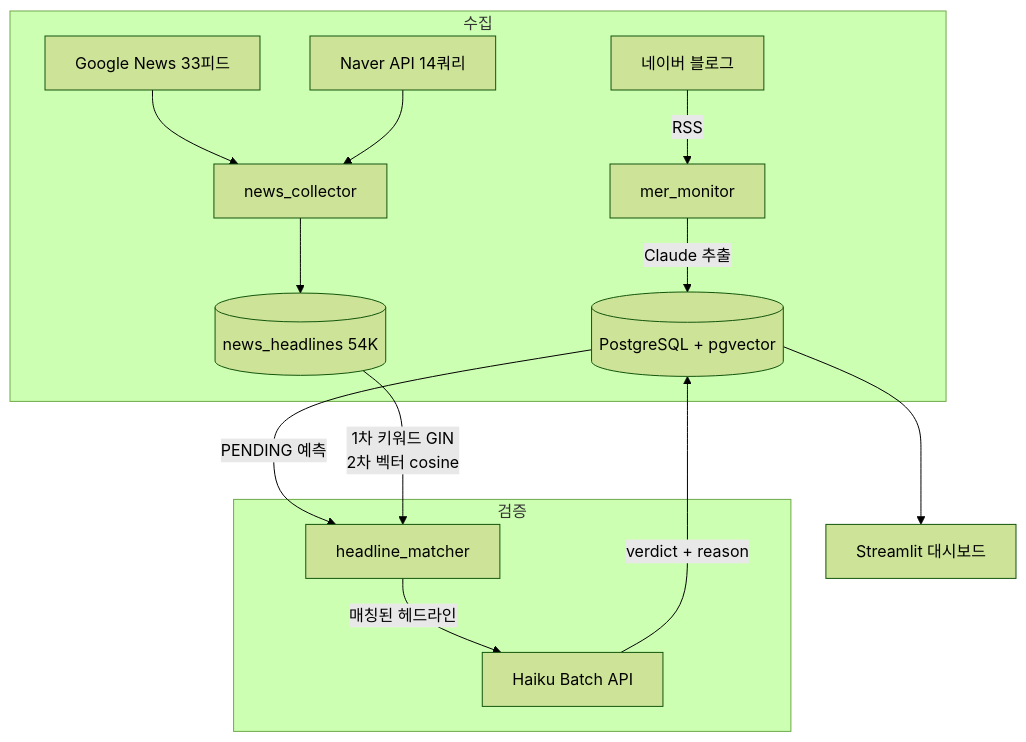
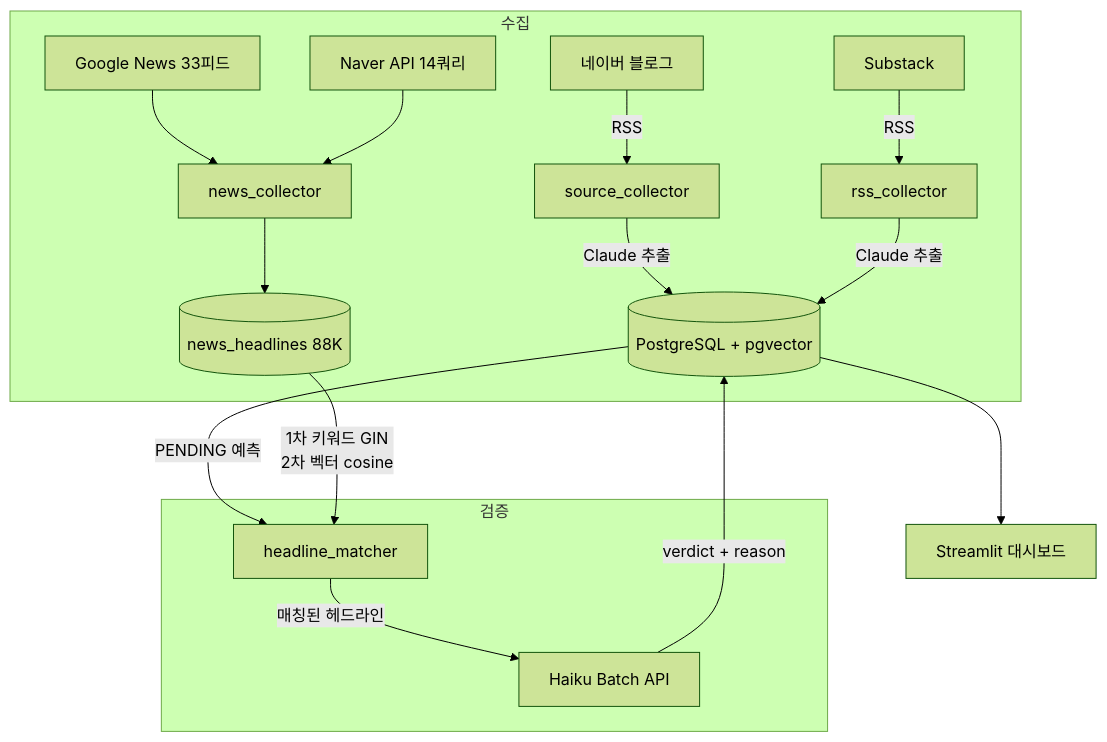
Before and after one commit to 11e3/mer-insight-pipeline: the diagram in README_KR.md, drawn with Mermaid (forest theme). The commit also changed other lines of this file and 2 other files, not shown here.

First line of the commit message:
docs: sync README, README_KR, CLAUDE.md with current codebase

````diff
--- a/README_KR.md
+++ b/README_KR.md
@@ -36,19 +55,21 @@
 ```mermaid
 flowchart TD
     subgraph 수집
-        BLOG[네이버 블로그] -->|RSS| MON[mer_monitor]
+        BLOG[네이버 블로그] -->|RSS| MON[source_collector]
+        SUB[Substack] -->|RSS| RSS[rss_collector]
         MON -->|Claude 추출| DB[(PostgreSQL + pgvector)]
+        RSS -->|Claude 추출| DB
         NEWS_RSS[Google News 33피드] --> NC[news_collector]
         NEWS_NAVER[Naver API 14쿼리] --> NC
-        NC --> NHL[(news_headlines 54K)]
+        NC --> NHL[(news_headlines 88K)]
     end
 
     subgraph 검증
         DB -->|PENDING 예측| HM[headline_matcher]
         NHL -->|1차 키워드 GIN<br>2차 벡터 cosine| HM
         HM -->|매칭된 헤드라인| HAIKU[Haiku Batch API]
         HAIKU -->|verdict + reason| DB
     end
 
     DB --> DASH[Streamlit 대시보드]
 ```
````
